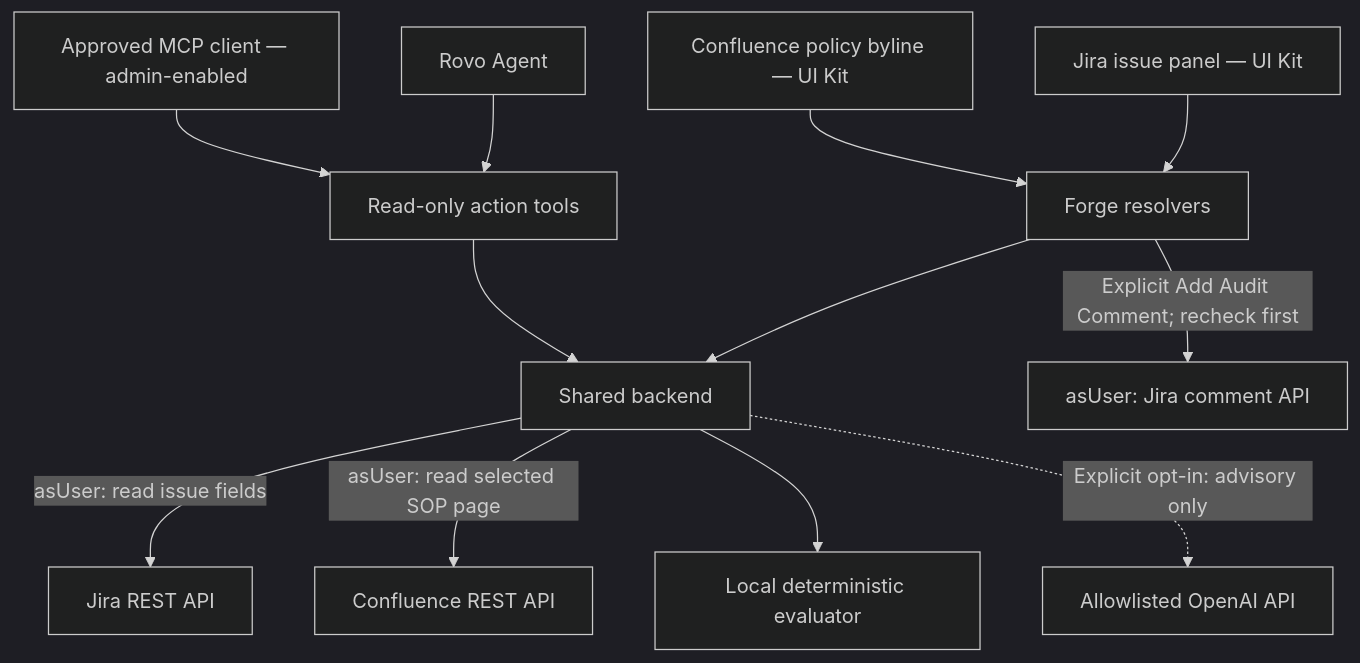
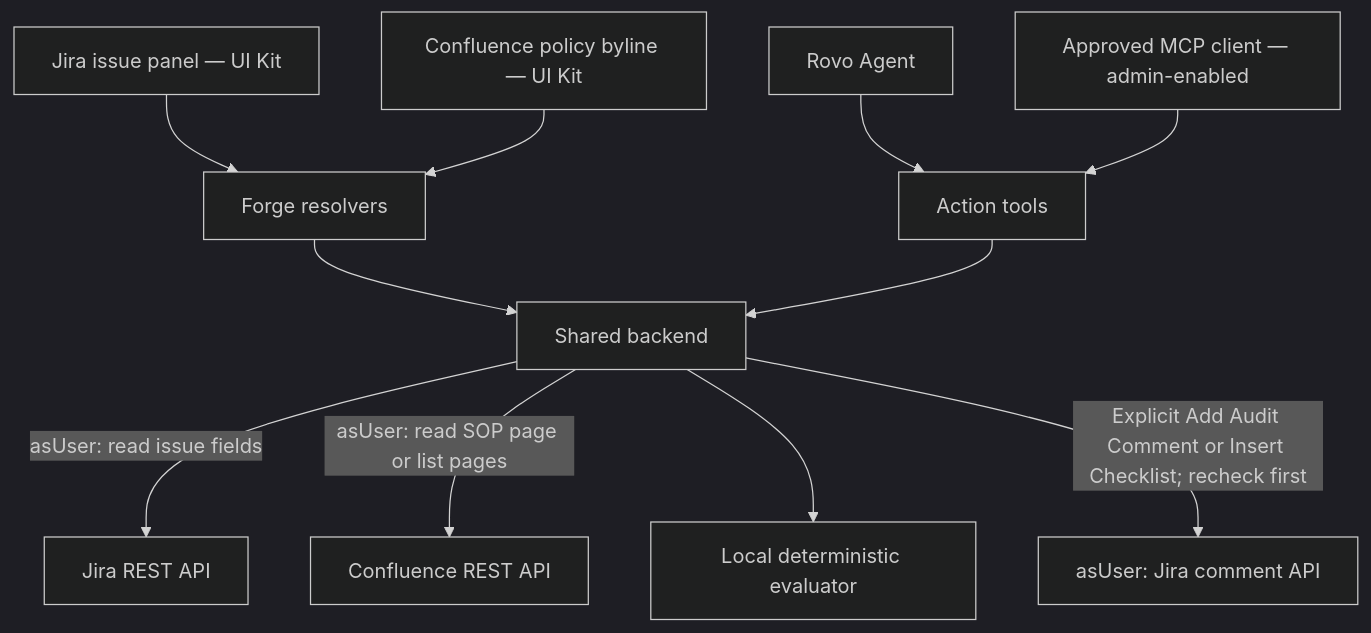
One commit to EsDeathHere/policy-compliance-copilot changed the diagram in README.md. Above: the diagram before and after it, drawn with Mermaid (dark theme). The commit also changed other lines of this file and 3 other files, not shown here.

````diff
--- a/README.md
+++ b/README.md
@@ -15,14 +26,13 @@
 ```mermaid
 flowchart TD
   J[Jira issue panel — UI Kit] --> R[Forge resolvers]
   C[Confluence policy byline — UI Kit] --> R
-  A[Rovo Agent] --> T[Read-only action tools]
+  A[Rovo Agent] --> T[Action tools]
   M[Approved MCP client — admin-enabled] --> T
   R --> B[Shared backend]
   T --> B
   B -->|asUser: read issue fields| JR[Jira REST API]
-  B -->|asUser: read selected SOP page| CR[Confluence REST API]
+  B -->|asUser: read SOP page or list pages| CR[Confluence REST API]
   B --> L[Local deterministic evaluator]
-  B -.->|Explicit opt-in: advisory only| AI[Allowlisted OpenAI API]
-  R -->|Explicit Add Audit Comment; recheck first| W[asUser: Jira comment API]
+  B -->|Explicit Add Audit Comment or Insert Checklist; recheck first| W[asUser: Jira comment API]
 ```
````
